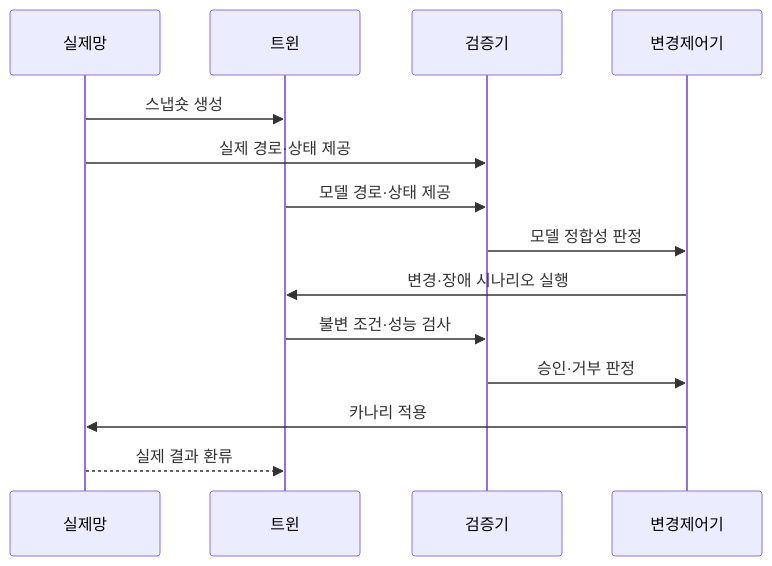
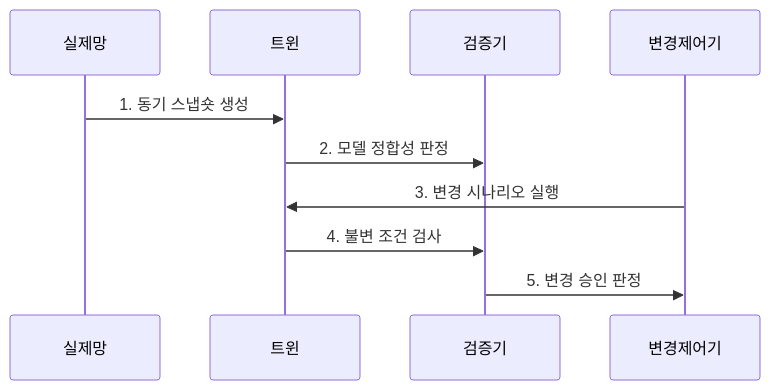
One commit to agnusdei1207/knowledge-base changed the second of 2 diagrams in src/content/docs/notes/04-network/099_network_digital_twin.md. Above: the diagram before and after it, drawn with Mermaid. The commit also changed other lines of this file and 21 other files, not shown here.

````diff
--- a/src/content/docs/notes/04-network/099_network_digital_twin.md
+++ b/src/content/docs/notes/04-network/099_network_digital_twin.md
@@ -80,16 +78,12 @@
 ```mermaid
 sequenceDiagram
     participant 실제망
     participant 트윈
     participant 검증기
     participant 변경제어기
-    실제망->>트윈: 스냅숏 생성
-    실제망->>검증기: 실제 경로·상태 제공
-    트윈->>검증기: 모델 경로·상태 제공
-    검증기->>변경제어기: 모델 정합성 판정
-    변경제어기->>트윈: 변경·장애 시나리오 실행
-    트윈->>검증기: 불변 조건·성능 검사
-    검증기->>변경제어기: 승인·거부 판정
-    변경제어기->>실제망: 카나리 적용
-    실제망-->>트윈: 실제 결과 환류
+    실제망->>트윈: 1. 동기 스냅숏 생성
+    트윈->>검증기: 2. 모델 정합성 판정
+    변경제어기->>트윈: 3. 변경 시나리오 실행
+    트윈->>검증기: 4. 불변 조건 검사
+    검증기->>변경제어기: 5. 변경 승인 판정
 ```
````
